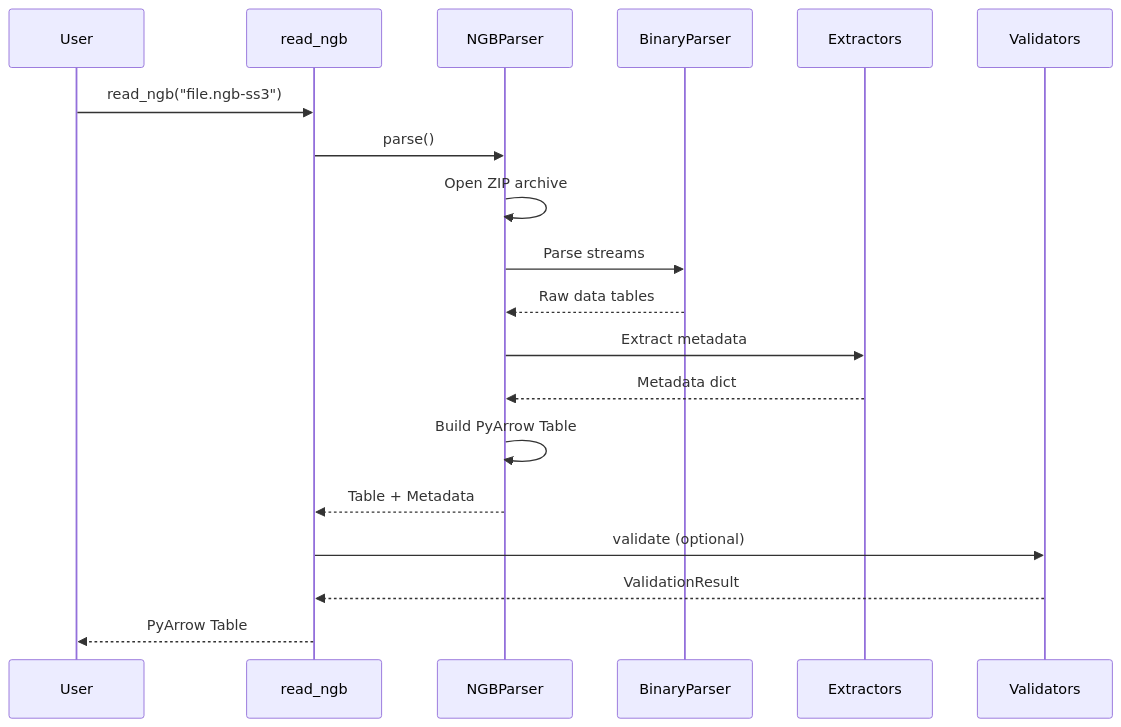
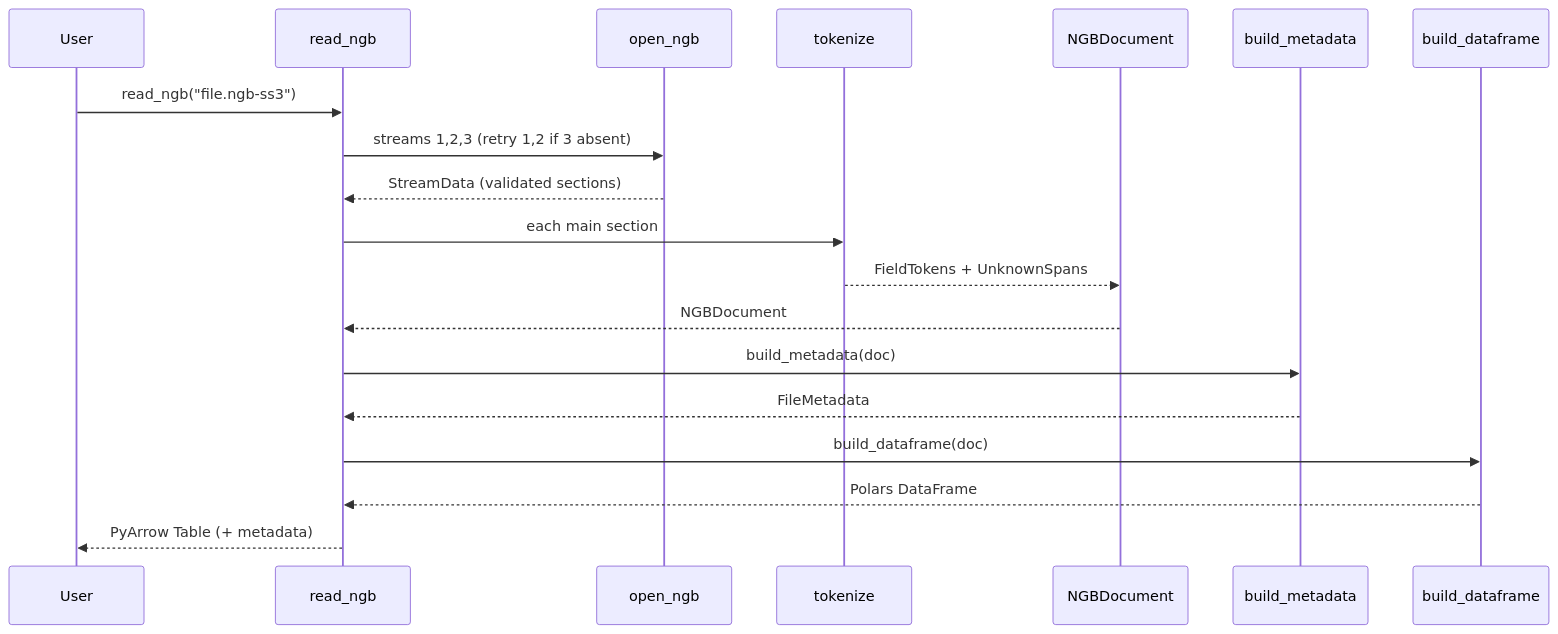
One commit to GraysonBellamy/pyngb changed the second of 2 diagrams in docs/architecture.md. Above: the diagram before and after it, drawn with Mermaid. The commit also changed other lines of this file and 14 other files, not shown here.

````diff
--- a/docs/architecture.md
+++ b/docs/architecture.md
@@ -68,22 +96,22 @@
 ```mermaid
 sequenceDiagram
     participant User
     participant read_ngb
-    participant NGBParser
-    participant BinaryParser
-    participant Extractors
-    participant Validators
+    participant container as open_ngb
+    participant tokenizer as tokenize
+    participant document as NGBDocument
+    participant extract as build_metadata
+    participant channels as build_dataframe
 
     User->>read_ngb: read_ngb("file.ngb-ss3")
-    read_ngb->>NGBParser: parse()
-    NGBParser->>NGBParser: Open ZIP archive
-    NGBParser->>BinaryParser: Parse streams
-    BinaryParser-->>NGBParser: Raw data tables
-    NGBParser->>Extractors: Extract metadata
-    Extractors-->>NGBParser: Metadata dict
-    NGBParser->>NGBParser: Build PyArrow Table
-    NGBParser-->>read_ngb: Table + Metadata
-    read_ngb->>Validators: validate (optional)
-    Validators-->>read_ngb: ValidationResult
-    read_ngb-->>User: PyArrow Table
+    read_ngb->>container: streams 1,2,3 (retry 1,2 if 3 absent)
+    container-->>read_ngb: StreamData (validated sections)
+    read_ngb->>tokenizer: each main section
+    tokenizer-->>document: FieldTokens + UnknownSpans
+    document-->>read_ngb: NGBDocument
+    read_ngb->>extract: build_metadata(doc)
+    extract-->>read_ngb: FileMetadata
+    read_ngb->>channels: build_dataframe(doc)
+    channels-->>read_ngb: Polars DataFrame
+    read_ngb-->>User: PyArrow Table (+ metadata)
 ```
````
